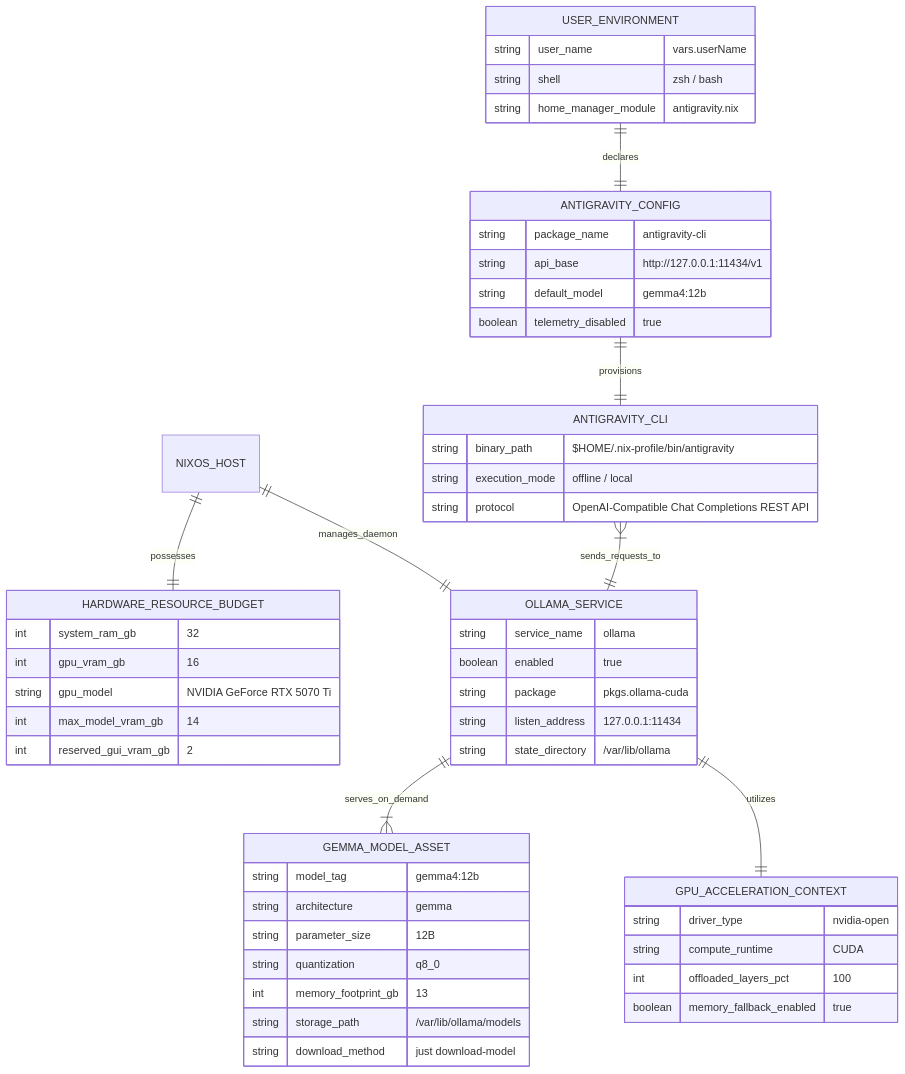
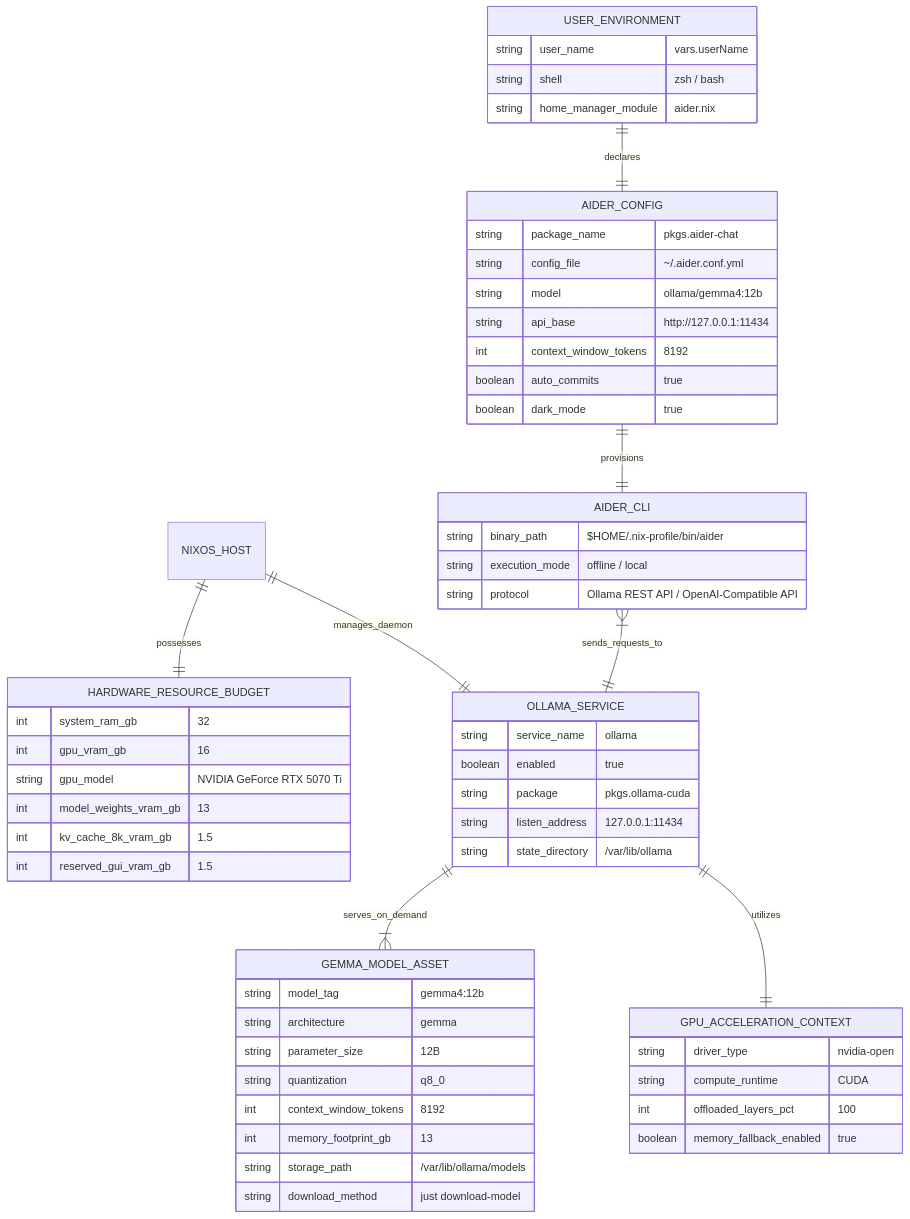
The first of 2 diagrams in specs/004-local-gemma-antigravity/data-model.md (lvaylet/my-desktop-nixos-config), drawn with Mermaid before and after one commit. The commit also changed other lines of this file and 13 other files, not shown here.

Commit message:
feat: replace Antigravity CLI with Aider + use 8k context window with Gemma 4 12B 8-bit

````diff
--- a/specs/004-local-gemma-antigravity/data-model.md
+++ b/specs/004-local-gemma-antigravity/data-model.md
@@ -7,62 +7,67 @@
 ```mermaid
 erDiagram
     NIXOS_HOST ||--|| HARDWARE_RESOURCE_BUDGET : possesses
     NIXOS_HOST ||--|| OLLAMA_SERVICE : manages_daemon
     OLLAMA_SERVICE ||--|{ GEMMA_MODEL_ASSET : serves_on_demand
     OLLAMA_SERVICE ||--|| GPU_ACCELERATION_CONTEXT : utilizes
-    USER_ENVIRONMENT ||--|| ANTIGRAVITY_CONFIG : declares
-    ANTIGRAVITY_CONFIG ||--|| ANTIGRAVITY_CLI : provisions
-    ANTIGRAVITY_CLI }|--|| OLLAMA_SERVICE : sends_requests_to
+    USER_ENVIRONMENT ||--|| AIDER_CONFIG : declares
+    AIDER_CONFIG ||--|| AIDER_CLI : provisions
+    AIDER_CLI }|--|| OLLAMA_SERVICE : sends_requests_to
 
     HARDWARE_RESOURCE_BUDGET {
         int system_ram_gb "32"
         int gpu_vram_gb "16"
         string gpu_model "NVIDIA GeForce RTX 5070 Ti"
-        int max_model_vram_gb "14"
-        int reserved_gui_vram_gb "2"
+        int model_weights_vram_gb "13"
+        int kv_cache_8k_vram_gb "1.5"
+        int reserved_gui_vram_gb "1.5"
     }
 
     OLLAMA_SERVICE {
         string service_name "ollama"
         boolean enabled "true"
         string package "pkgs.ollama-cuda"
         string listen_address "127.0.0.1:11434"
         string state_directory "/var/lib/ollama"
     }
 
     GEMMA_MODEL_ASSET {
         string model_tag "gemma4:12b"
         string architecture "gemma"
         string parameter_size "12B"
         string quantization "q8_0"
+        int context_window_tokens "8192"
         int memory_footprint_gb "13"
         string storage_path "/var/lib/ollama/models"
         string download_method "just download-model"
     }
 
     GPU_ACCELERATION_CONTEXT {
         string driver_type "nvidia-open"
         string compute_runtime "CUDA"
         int offloaded_layers_pct "100"
         boolean memory_fallback_enabled "true"
     }
 
     USER_ENVIRONMENT {
         string user_name "vars.userName"
         string shell "zsh / bash"
-        string home_manager_module "antigravity.nix"
+        string home_manager_module "aider.nix"
     }
 
-    ANTIGRAVITY_CONFIG {
-        string package_name "antigravity-cli"
-        string api_base "http://127.0.0.1:11434/v1"
-        string default_model "gemma4:12b"
-        boolean telemetry_disabled "true"
+    AIDER_CONFIG {
+        string package_name "pkgs.aider-chat"
+        string config_file "~/.aider.conf.yml"
+        string model "ollama/gemma4:12b"
+        string api_base "http://127.0.0.1:11434"
+        int context_window_tokens "8192"
+        boolean auto_commits "true"
+        boolean dark_mode "true"
     }
 
-    ANTIGRAVITY_CLI {
-        string binary_path "$HOME/.nix-profile/bin/antigravity"
+    AIDER_CLI {
+        string binary_path "$HOME/.nix-profile/bin/aider"
         string execution_mode "offline / local"
-        string protocol "OpenAI-Compatible Chat Completions REST API"
+        string protocol "Ollama REST API / OpenAI-Compatible API"
     }
 ```
````
